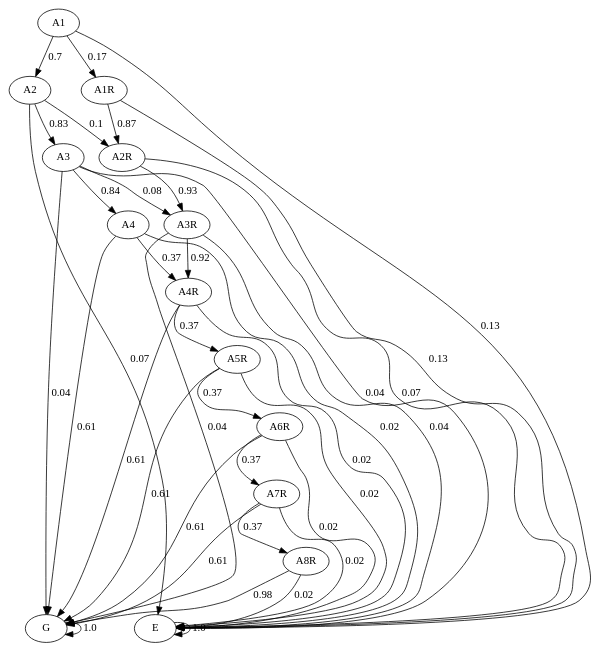
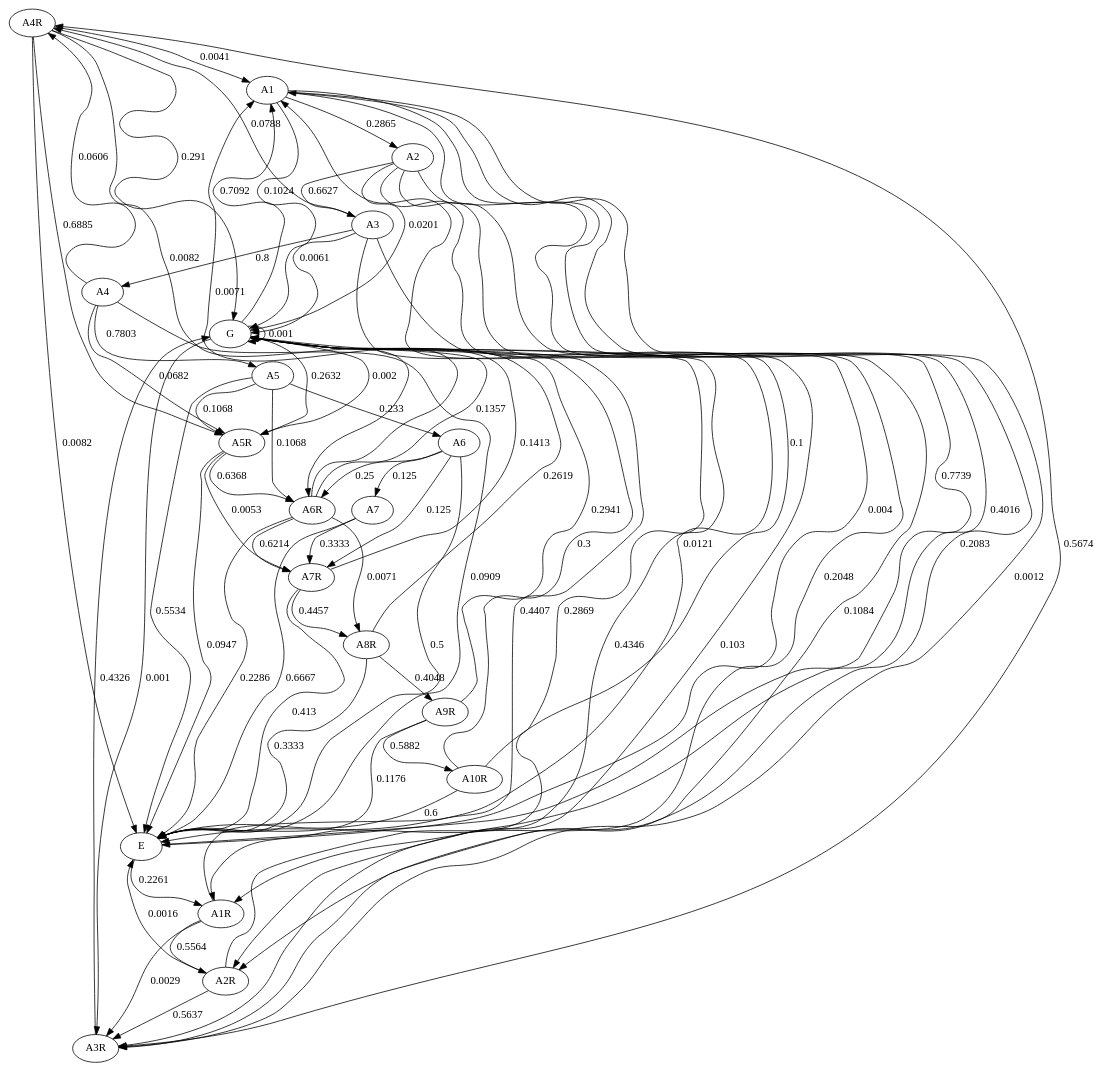
One commit to JulianaFerreira/educacao changed the diagram in graph/markov.dot. Above: the diagram before and after it, drawn with Graphviz. The commit also changed 3 other files, not shown here.

```diff
--- a/graph/markov.dot
+++ b/graph/markov.dot
@@ -1,52 +1,91 @@
 digraph  {
+A4R;
 A1;
+A6R;
+A10R;
+G;
+E;
 A2;
 A3;
 A4;
+A5;
+A6;
+A7;
 A1R;
 A2R;
 A3R;
-A4R;
 A5R;
-A6R;
 A7R;
 A8R;
-G;
-E;
-A1 -> A2  [key=0, label="0.7", weight="0.7"];
-A1 -> A1R  [key=0, label="0.17", weight="0.17"];
-A1 -> E  [key=0, label="0.13", weight="0.13"];
-A2 -> A3  [key=0, label="0.83", weight="0.83"];
-A2 -> A2R  [key=0, label="0.1", weight="0.1"];
-A2 -> E  [key=0, label="0.07", weight="0.07"];
-A3 -> A4  [key=0, label="0.84", weight="0.84"];
-A3 -> A3R  [key=0, label="0.08", weight="0.08"];
-A3 -> G  [key=0, label="0.04", weight="0.04"];
-A3 -> E  [key=0, label="0.04", weight="0.04"];
-A4 -> A4R  [key=0, label="0.37", weight="0.37"];
-A4 -> G  [key=0, label="0.61", weight="0.61"];
-A4 -> E  [key=0, label="0.02", weight="0.02"];
-A1R -> A2R  [key=0, label="0.87", weight="0.87"];
-A1R -> E  [key=0, label="0.13", weight="0.13"];
-A2R -> A3R  [key=0, label="0.93", weight="0.93"];
-A2R -> E  [key=0, label="0.07", weight="0.07"];
-A3R -> A4R  [key=0, label="0.92", weight="0.92"];
-A3R -> G  [key=0, label="0.04", weight="0.04"];
-A3R -> E  [key=0, label="0.04", weight="0.04"];
-A4R -> A5R  [key=0, label="0.37", weight="0.37"];
-A4R -> G  [key=0, label="0.61", weight="0.61"];
-A4R -> E  [key=0, label="0.02", weight="0.02"];
-A5R -> A6R  [key=0, label="0.37", weight="0.37"];
-A5R -> G  [key=0, label="0.61", weight="0.61"];
-A5R -> E  [key=0, label="0.02", weight="0.02"];
-A6R -> A7R  [key=0, label="0.37", weight="0.37"];
-A6R -> G  [key=0, label="0.61", weight="0.61"];
-A6R -> E  [key=0, label="0.02", weight="0.02"];
-A7R -> A8R  [key=0, label="0.37", weight="0.37"];
-A7R -> G  [key=0, label="0.61", weight="0.61"];
-A7R -> E  [key=0, label="0.02", weight="0.02"];
-A8R -> G  [key=0, label="0.98", weight="0.98"];
-A8R -> E  [key=0, label="0.02", weight="0.02"];
-G -> G  [key=0, label="1.0", weight="1.0"];
-E -> E  [key=0, label="1.0", weight="1.0"];
+A9R;
+A4R -> A1  [key=0, label="0.0041", weight="0.0041"];
+A4R -> A5R  [key=0, label="0.6885", weight="0.6885"];
+A4R -> A6R  [key=0, label="0.0082", weight="0.0082"];
+A4R -> G  [key=0, label="0.291", weight="0.291"];
+A4R -> E  [key=0, label="0.0082", weight="0.0082"];
+A1 -> A2  [key=0, label="0.2865", weight="0.2865"];
+A1 -> A1R  [key=0, label="0.4016", weight="0.4016"];
+A1 -> A2R  [key=0, label="0.2083", weight="0.2083"];
+A1 -> A3R  [key=0, label="0.0012", weight="0.0012"];
+A1 -> G  [key=0, label="0.1024", weight="0.1024"];
+A6R -> A1  [key=0, label="0.0071", weight="0.0071"];
+A6R -> A7R  [key=0, label="0.6214", weight="0.6214"];
+A6R -> A8R  [key=0, label="0.0071", weight="0.0071"];
+A6R -> G  [key=0, label="0.1357", weight="0.1357"];
+A6R -> E  [key=0, label="0.2286", weight="0.2286"];
+A10R -> A1  [key=0, label="0.1", weight="0.1"];
+A10R -> G  [key=0, label="0.3", weight="0.3"];
+A10R -> E  [key=0, label="0.6", weight="0.6"];
+G -> A1  [key=0, label="0.7092", weight="0.7092"];
+G -> A1R  [key=0, label="0.2869", weight="0.2869"];
+G -> A3R  [key=0, label="0.001", weight="0.001"];
+G -> A5R  [key=0, label="0.002", weight="0.002"];
+G -> G  [key=0, label="0.001", weight="0.001"];
+E -> A1  [key=0, label="0.7739", weight="0.7739"];
+E -> A1R  [key=0, label="0.2261", weight="0.2261"];
+A2 -> A3  [key=0, label="0.6627", weight="0.6627"];
+A2 -> A2R  [key=0, label="0.2048", weight="0.2048"];
+A2 -> A3R  [key=0, label="0.1084", weight="0.1084"];
+A2 -> G  [key=0, label="0.0201", weight="0.0201"];
+A2 -> E  [key=0, label="0.004", weight="0.004"];
+A3 -> A4  [key=0, label="0.8", weight="0.8"];
+A3 -> A3R  [key=0, label="0.103", weight="0.103"];
+A3 -> A4R  [key=0, label="0.0788", weight="0.0788"];
+A3 -> G  [key=0, label="0.0061", weight="0.0061"];
+A3 -> E  [key=0, label="0.0121", weight="0.0121"];
+A4 -> A5  [key=0, label="0.7803", weight="0.7803"];
+A4 -> A4R  [key=0, label="0.0606", weight="0.0606"];
+A4 -> A5R  [key=0, label="0.0682", weight="0.0682"];
+A4 -> E  [key=0, label="0.0909", weight="0.0909"];
+A5 -> A6  [key=0, label="0.233", weight="0.233"];
+A5 -> A5R  [key=0, label="0.1068", weight="0.1068"];
+A5 -> A6R  [key=0, label="0.1068", weight="0.1068"];
+A5 -> E  [key=0, label="0.5534", weight="0.5534"];
+A6 -> A7  [key=0, label="0.125", weight="0.125"];
+A6 -> A6R  [key=0, label="0.25", weight="0.25"];
+A6 -> A7R  [key=0, label="0.125", weight="0.125"];
+A6 -> E  [key=0, label="0.5", weight="0.5"];
+A7 -> A7R  [key=0, label="0.3333", weight="0.3333"];
+A7 -> E  [key=0, label="0.6667", weight="0.6667"];
+A1R -> A2R  [key=0, label="0.5564", weight="0.5564"];
+A1R -> A3R  [key=0, label="0.0029", weight="0.0029"];
+A1R -> G  [key=0, label="0.4407", weight="0.4407"];
+A2R -> A3R  [key=0, label="0.5637", weight="0.5637"];
+A2R -> G  [key=0, label="0.4346", weight="0.4346"];
+A2R -> E  [key=0, label="0.0016", weight="0.0016"];
+A3R -> A4R  [key=0, label="0.5674", weight="0.5674"];
+A3R -> G  [key=0, label="0.4326", weight="0.4326"];
+A5R -> A6R  [key=0, label="0.6368", weight="0.6368"];
+A5R -> A7R  [key=0, label="0.0053", weight="0.0053"];
+A5R -> G  [key=0, label="0.2632", weight="0.2632"];
+A5R -> E  [key=0, label="0.0947", weight="0.0947"];
+A7R -> A8R  [key=0, label="0.4457", weight="0.4457"];
+A7R -> G  [key=0, label="0.1413", weight="0.1413"];
+A7R -> E  [key=0, label="0.413", weight="0.413"];
+A8R -> A9R  [key=0, label="0.4048", weight="0.4048"];
+A8R -> G  [key=0, label="0.2619", weight="0.2619"];
+A8R -> E  [key=0, label="0.3333", weight="0.3333"];
+A9R -> A10R  [key=0, label="0.5882", weight="0.5882"];
+A9R -> G  [key=0, label="0.2941", weight="0.2941"];
+A9R -> E  [key=0, label="0.1176", weight="0.1176"];
 }
```
